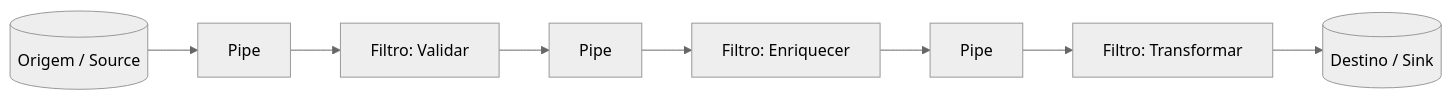
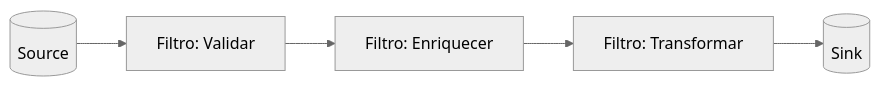
The third of 4 diagrams in Arquiteto de Software/01 Fundamentos em arquitetura de software/05 Estilo arquitetural monolitico.md (MaicomMRampi/software-architecture-handbook), drawn with Mermaid (neutral theme) before and after one commit. The commit also changed other lines of this file and 43 other files, not shown here.

````diff
--- a/Arquiteto de Software/01 Fundamentos em arquitetura de software/05 Estilo arquitetural monolitico.md
+++ b/Arquiteto de Software/01 Fundamentos em arquitetura de software/05 Estilo arquitetural monolitico.md
@@ -78,10 +119,4 @@
 ```mermaid
 graph LR
-    Source[(Origem / Source)] --> Pipe1[Pipe]
-    Pipe1 --> Filter1[Filtro: Validar]
-    Filter1 --> Pipe2[Pipe]
-    Pipe2 --> Filter2[Filtro: Enriquecer]
-    Filter2 --> Pipe3[Pipe]
-    Pipe3 --> Filter3[Filtro: Transformar]
-    Filter3 --> Sink[(Destino / Sink)]
+    Source[(Source)] --> F1[Filtro: Validar] --> F2[Filtro: Enriquecer] --> F3[Filtro: Transformar] --> Sink[(Sink)]
 ```
````
